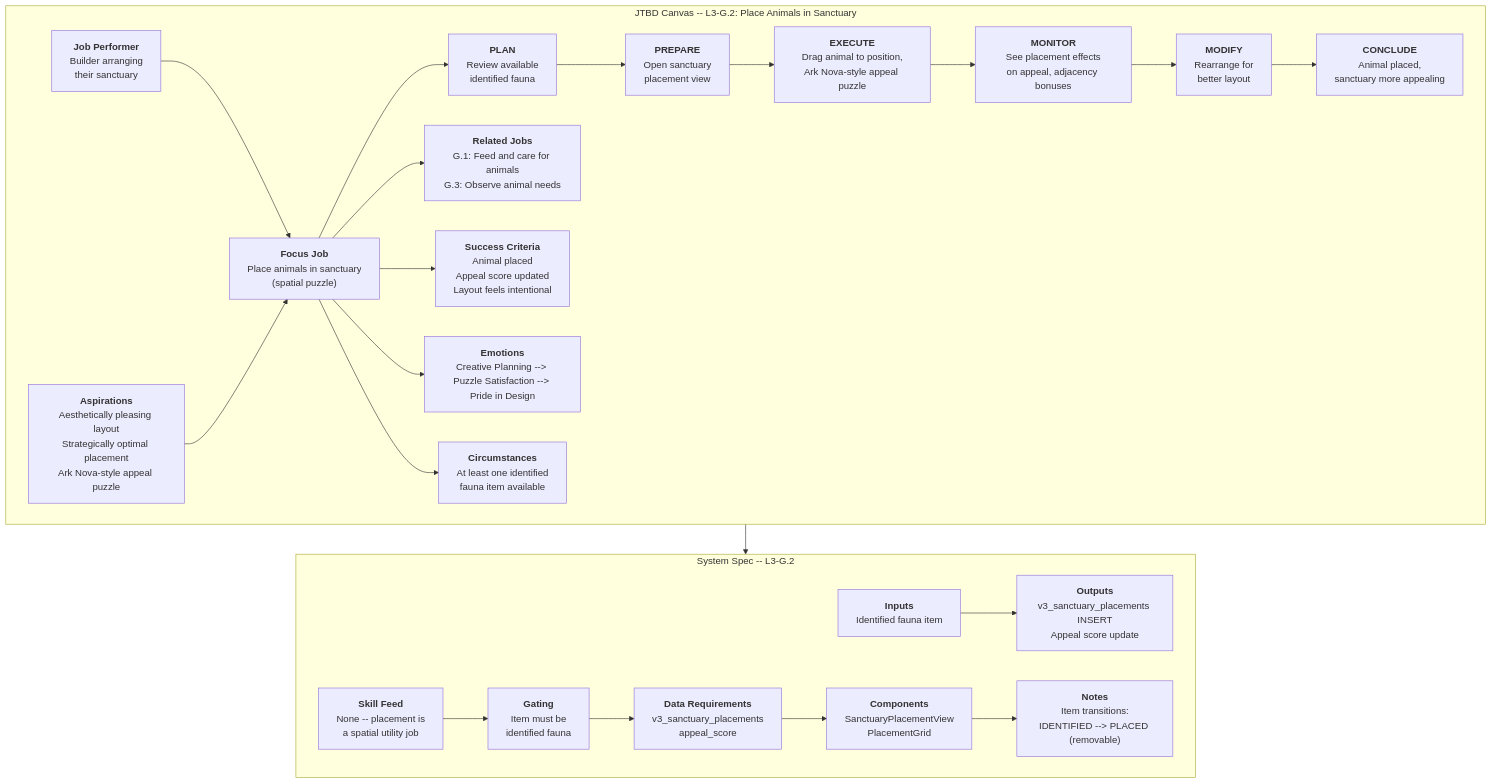
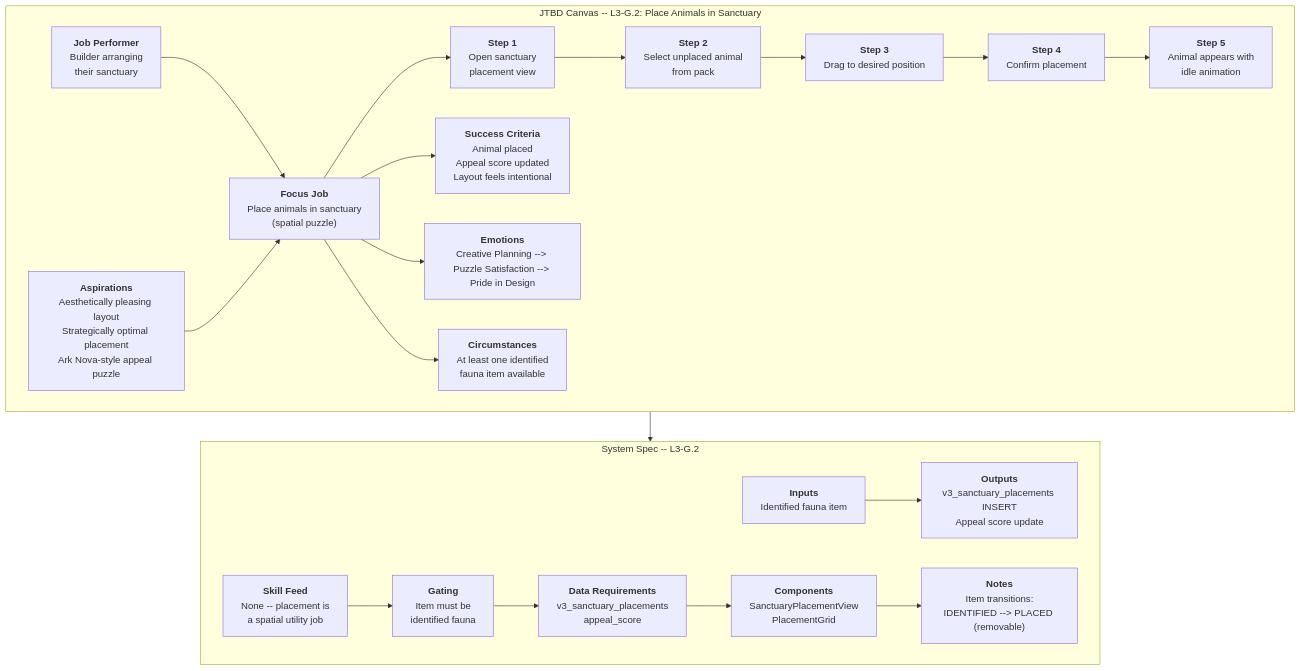
The diagram in docs/diagrams/problem/g2-place-animals.mmd (JMLegere/geo-app), drawn with Mermaid before and after one commit. The commit also changed 52 other files, not shown here.

```diff
--- a/docs/diagrams/problem/g2-place-animals.mmd
+++ b/docs/diagrams/problem/g2-place-animals.mmd
@@ -1,44 +1,41 @@
 %% Status: NEEDS HUMAN REVIEW
 flowchart TD
     subgraph JTBD["JTBD Canvas -- L3-G.2: Place Animals in Sanctuary"]
         JP["<b>Job Performer</b><br/>Builder arranging<br/>their sanctuary"]
         ASP["<b>Aspirations</b><br/>Aesthetically pleasing layout<br/>Strategically optimal placement<br/>Ark Nova-style appeal puzzle"]
         FJ["<b>Focus Job</b><br/>Place animals in sanctuary<br/>(spatial puzzle)"]
-        RJ["<b>Related Jobs</b><br/>G.1: Feed and care for animals<br/>G.3: Observe animal needs"]
-        PLAN["<b>PLAN</b><br/>Review available<br/>identified fauna"]
-        PREPARE["<b>PREPARE</b><br/>Open sanctuary<br/>placement view"]
-        EXECUTE["<b>EXECUTE</b><br/>Drag animal to position,<br/>Ark Nova-style appeal puzzle"]
-        MONITOR["<b>MONITOR</b><br/>See placement effects<br/>on appeal, adjacency bonuses"]
-        MODIFY["<b>MODIFY</b><br/>Rearrange for<br/>better layout"]
-        CONCLUDE["<b>CONCLUDE</b><br/>Animal placed,<br/>sanctuary more appealing"]
+        S1["<b>Step 1</b><br/>Open sanctuary<br/>placement view"]
+        S2["<b>Step 2</b><br/>Select unplaced animal<br/>from pack"]
+        S3["<b>Step 3</b><br/>Drag to desired position"]
+        S4["<b>Step 4</b><br/>Confirm placement"]
+        S5["<b>Step 5</b><br/>Animal appears with<br/>idle animation"]
         SC["<b>Success Criteria</b><br/>Animal placed<br/>Appeal score updated<br/>Layout feels intentional"]
         EM["<b>Emotions</b><br/>Creative Planning --> Puzzle Satisfaction --> Pride in Design"]
         CIRC["<b>Circumstances</b><br/>At least one identified<br/>fauna item available"]
 
         JP --> FJ
         ASP --> FJ
-        FJ --> PLAN
-        PLAN --> PREPARE --> EXECUTE --> MONITOR --> MODIFY --> CONCLUDE
-        FJ --> RJ
+        FJ --> S1
+        S1 --> S2 --> S3 --> S4 --> S5
         FJ --> SC
         FJ --> EM
         FJ --> CIRC
     end
 
     subgraph SystemSpec["System Spec -- L3-G.2"]
         IN["<b>Inputs</b><br/>Identified fauna item"]
         OUT["<b>Outputs</b><br/>v3_sanctuary_placements INSERT<br/>Appeal score update"]
         SF["<b>Skill Feed</b><br/>None -- placement is<br/>a spatial utility job"]
         GT["<b>Gating</b><br/>Item must be<br/>identified fauna"]
         DR["<b>Data Requirements</b><br/>v3_sanctuary_placements<br/>appeal_score"]
         COMP["<b>Components</b><br/>SanctuaryPlacementView<br/>PlacementGrid"]
         NOTES["<b>Notes</b><br/>Item transitions:<br/>IDENTIFIED --> PLACED (removable)"]
 
         IN --> OUT
         SF --> GT
         GT --> DR
         DR --> COMP
         COMP --> NOTES
     end
 
     JTBD --> SystemSpec
```
